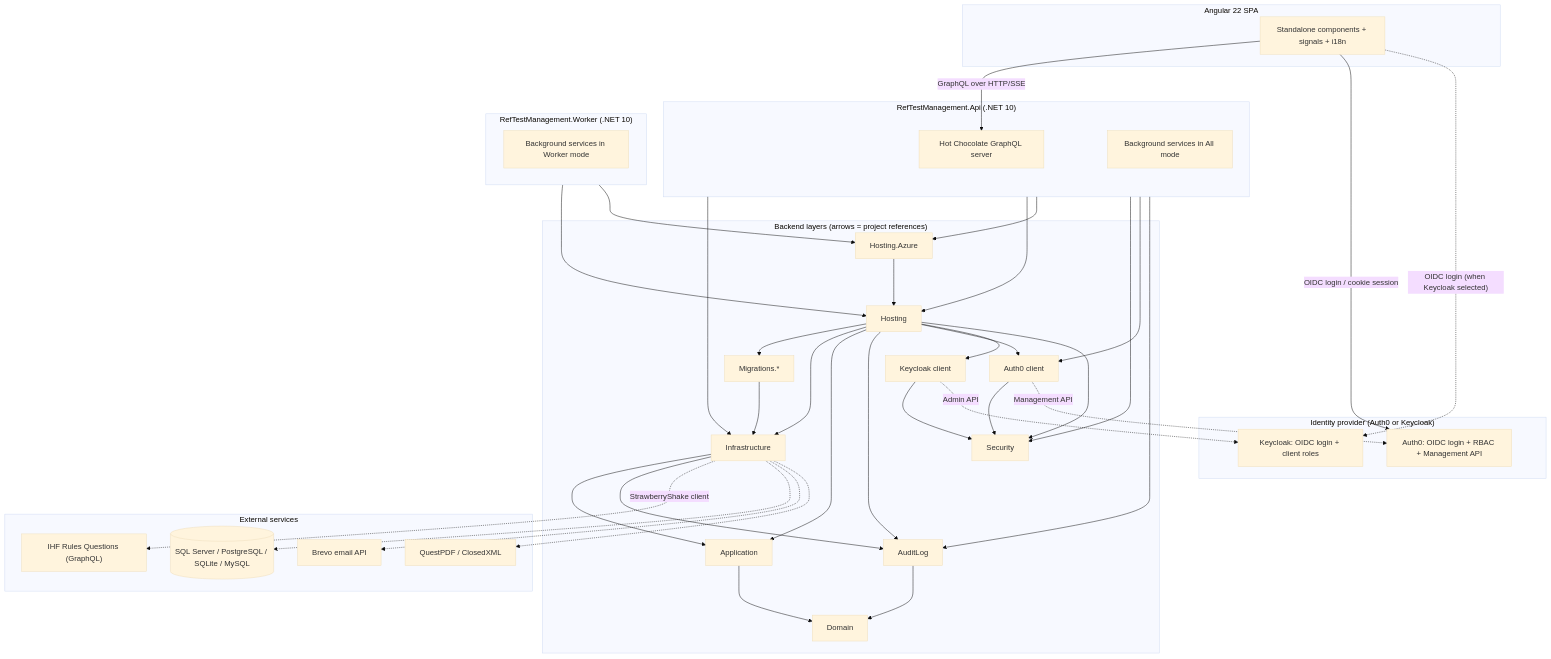
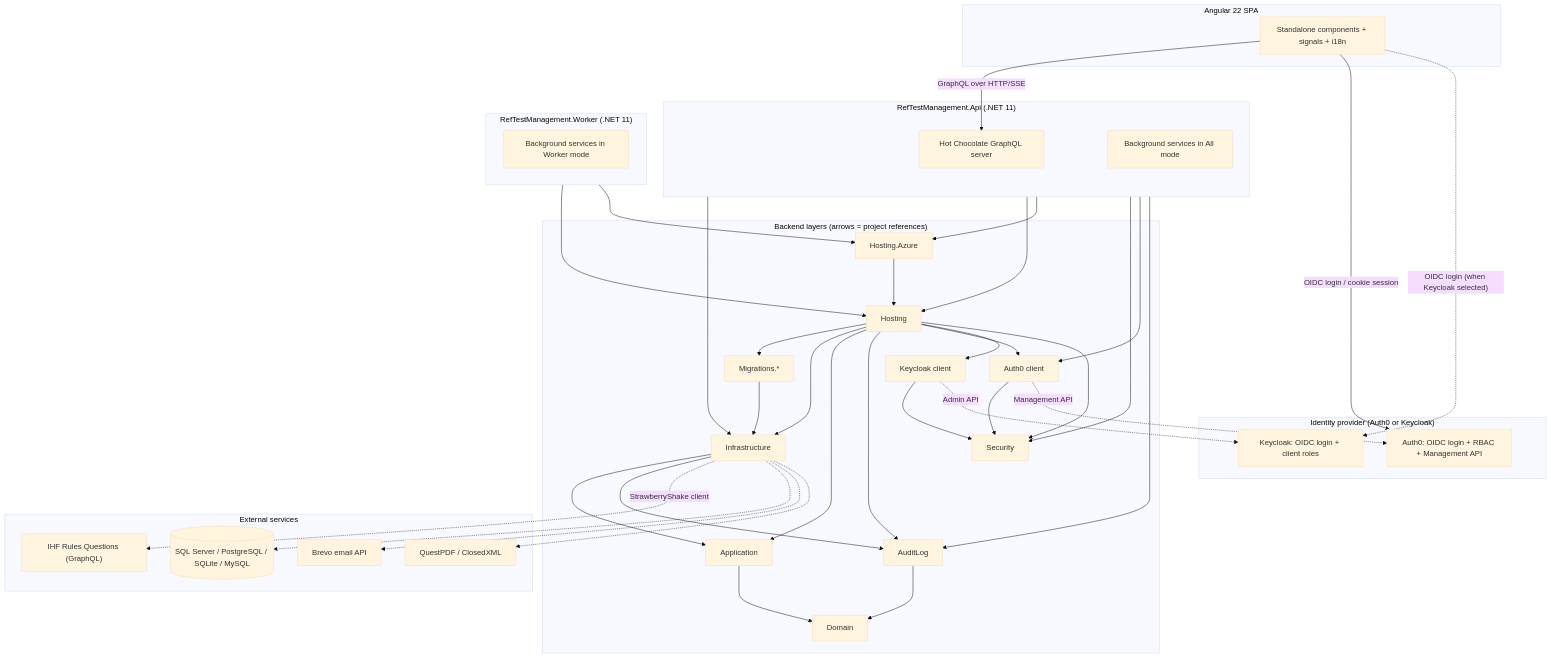
Before and after one commit to handballbelgium-referees/ref-test-management: the diagram in README.md, drawn with Mermaid (base theme). The commit also changed other lines of this file and 34 other files, not shown here.

````diff
--- a/README.md
+++ b/README.md
@@ -142,73 +142,73 @@
 ```mermaid
 flowchart TB
     subgraph Client["Angular 22 SPA"]
         UI["Standalone components + signals + i18n"]
     end
 
     subgraph Auth["Identity provider (Auth0 or Keycloak)"]
         A0["Auth0: OIDC login + RBAC + Management API"]
         KC["Keycloak: OIDC login + client roles"]
     end
 
-    subgraph Api["RefTestManagement.Api (.NET 10)"]
+    subgraph Api["RefTestManagement.Api (.NET 11)"]
         GQL["Hot Chocolate GraphQL server"]
         BG["Background services in All mode"]
     end
 
-    subgraph Worker["RefTestManagement.Worker (.NET 10)"]
+    subgraph Worker["RefTestManagement.Worker (.NET 11)"]
         WorkerBG["Background services in Worker mode"]
     end
 
     subgraph Layers["Backend layers (arrows = project references)"]
         Infrastructure["Infrastructure"]
         Hosting["Hosting"]
         AzureHosting["Hosting.Azure"]
         Application["Application"]
         Domain["Domain"]
         AuditLog["AuditLog"]
         Migrations["Migrations.*"]
         Security["Security"]
         Auth0Proj["Auth0 client"]
         KeycloakProj["Keycloak client"]
     end
 
     subgraph External["External services"]
         DB[("SQL Server / PostgreSQL / SQLite / MySQL")]
         Brevo["Brevo email API"]
         IHF["IHF Rules Questions (GraphQL)"]
         PDF["QuestPDF / ClosedXML"]
     end
 
     UI -->|"GraphQL over HTTP/SSE"| GQL
     UI -->|"OIDC login / cookie session"| A0
     UI -.->|"OIDC login (when Keycloak selected)"| KC
     Api --> Infrastructure
     Api --> Hosting
     Worker --> Hosting
     Api --> AzureHosting
     Worker --> AzureHosting
     AzureHosting --> Hosting
     Hosting --> Migrations
     Hosting --> Infrastructure
     Hosting --> Application
     Hosting --> AuditLog
     Hosting --> Auth0Proj
     Hosting --> KeycloakProj
     Hosting --> Security
     Api --> Security
     Api --> Auth0Proj
     Api --> AuditLog
     Migrations --> Infrastructure
     Infrastructure --> Application
     Infrastructure --> AuditLog
     Application --> Domain
     AuditLog --> Domain
     Auth0Proj --> Security
     KeycloakProj --> Security
     Infrastructure -.->|"StrawberryShake client"| IHF
     Infrastructure -.-> DB
     Infrastructure -.-> Brevo
     Infrastructure -.-> PDF
     Auth0Proj -.->|"Management API"| A0
     KeycloakProj -.->|"Admin API"| KC
 ```
````
